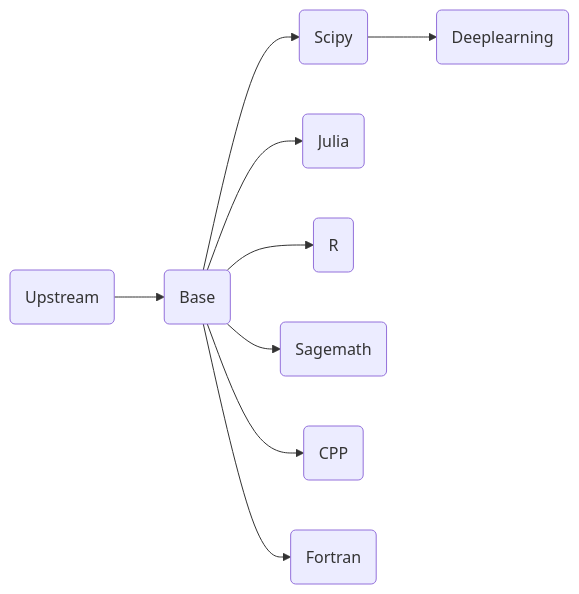
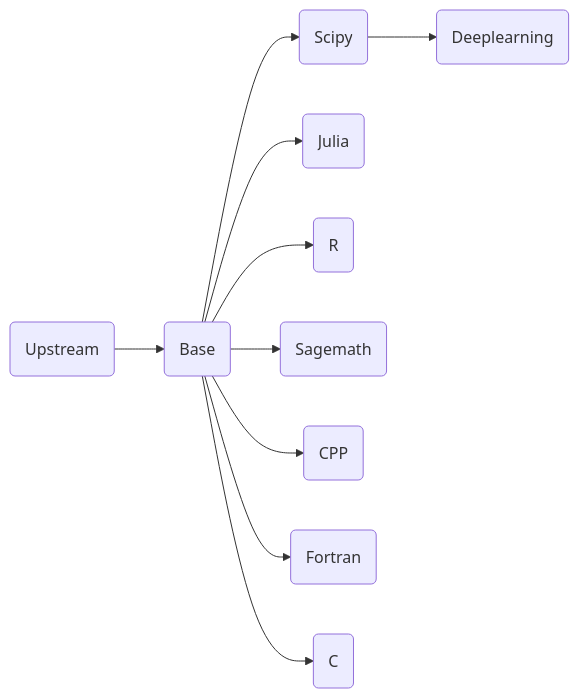
The diagram in README.md (ben0i0d/jupyter-image-stacks), drawn with Mermaid before and after one commit. The commit also changed other lines of this file, not shown here.

````diff
--- a/README.md
+++ b/README.md
@@ -14,10 +14,11 @@
 ```mermaid
 graph LR
 A(Upstream)-->B(Base)
 B-->C(Scipy)-->D(Deeplearning)	
 B-->E(Julia)
 B-->F(R)
 B-->G(Sagemath)
 B-->H(CPP)
 B-->I(Fortran)
+B-->J(C)
 ```  
````
